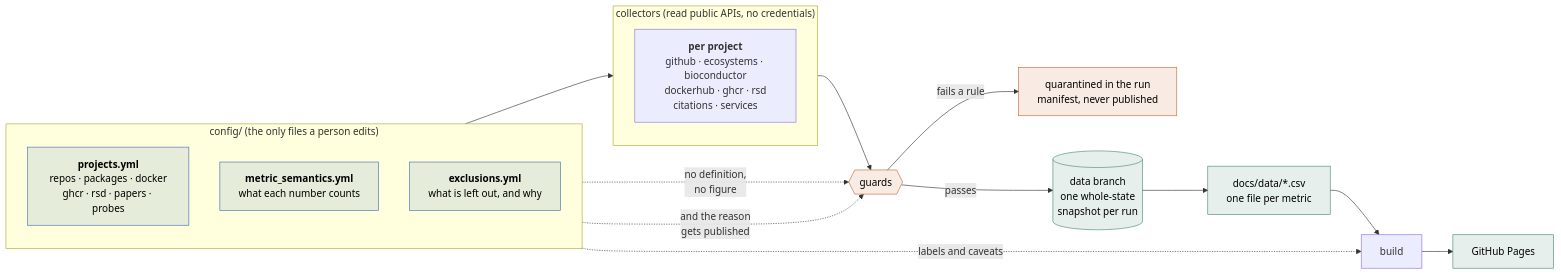
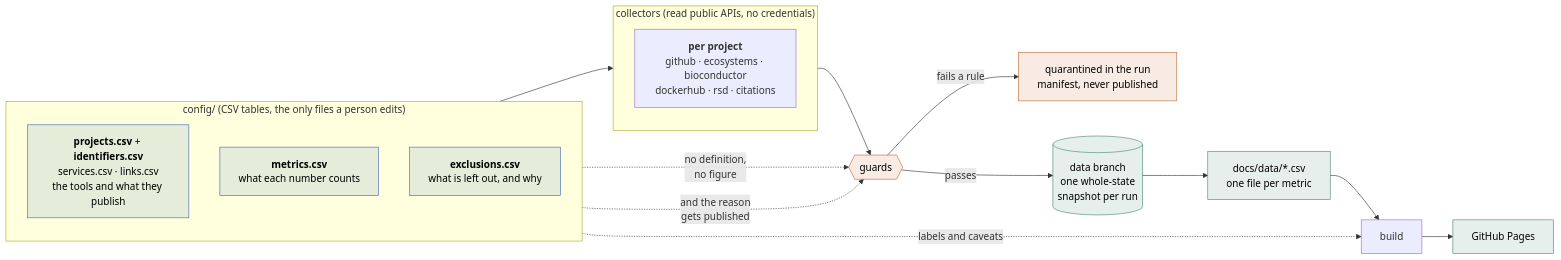
Before and after one commit to TGX-UM/tgx-outputs: the diagram in README.md, drawn with Mermaid. The commit also changed other lines of this file and 32 other files, not shown here.

First line of the commit message:
Move the config from YAML to CSV tables

````diff
--- a/README.md
+++ b/README.md
@@ -37,33 +37,33 @@
 ```mermaid
 flowchart LR
-    subgraph edit["config/ (the only files a person edits)"]
+    subgraph edit["config/ (CSV tables, the only files a person edits)"]
         direction TB
-        proj["<b>projects.yml</b><br/>repos · packages · docker<br/>ghcr · rsd · papers · probes"]
-        sem["<b>metric_semantics.yml</b><br/>what each number counts"]
-        exc["<b>exclusions.yml</b><br/>what is left out, and why"]
+        proj["<b>projects.csv</b> + <b>identifiers.csv</b><br/>services.csv · links.csv<br/>the tools and what they publish"]
+        sem["<b>metrics.csv</b><br/>what each number counts"]
+        exc["<b>exclusions.csv</b><br/>what is left out, and why"]
     end
 
     subgraph coll["collectors (read public APIs, no credentials)"]
         direction TB
-        tools["<b>per project</b><br/>github · ecosystems · bioconductor<br/>dockerhub · ghcr · rsd<br/>citations · services"]
+        tools["<b>per project</b><br/>github · ecosystems · bioconductor<br/>dockerhub · rsd · citations"]
     end
 
     proj --> tools
     tools --> guards{{guards}}
     sem -. "no definition,<br/>no figure" .-> guards
     exc -. "and the reason<br/>gets published" .-> guards
 
     guards -- "fails a rule" --> quar["quarantined in the run<br/>manifest, never published"]
     guards -- passes --> snap[("data branch<br/>one whole-state<br/>snapshot per run")]
     snap --> csv["docs/data/*.csv<br/>one file per metric"]
     csv --> build["build"]
     sem -. "labels and caveats" .-> build
     build --> site["GitHub Pages"]
 
     classDef cfg fill:#3d6fb422,stroke:#3d6fb4,color:#000
     classDef gate fill:#c26a3a22,stroke:#c26a3a,color:#000
     classDef out fill:#4a8a7222,stroke:#4a8a72,color:#000
     class proj,sem,exc cfg
     class guards,quar gate
     class snap,csv,site out
 ```
````
